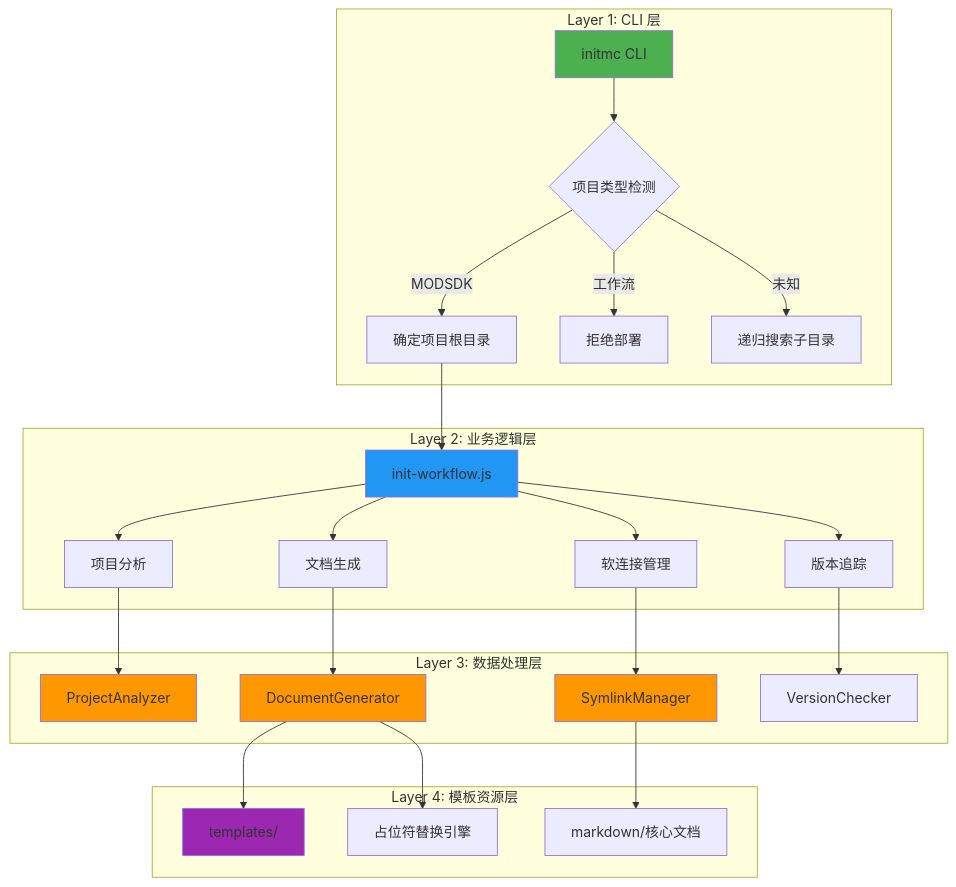
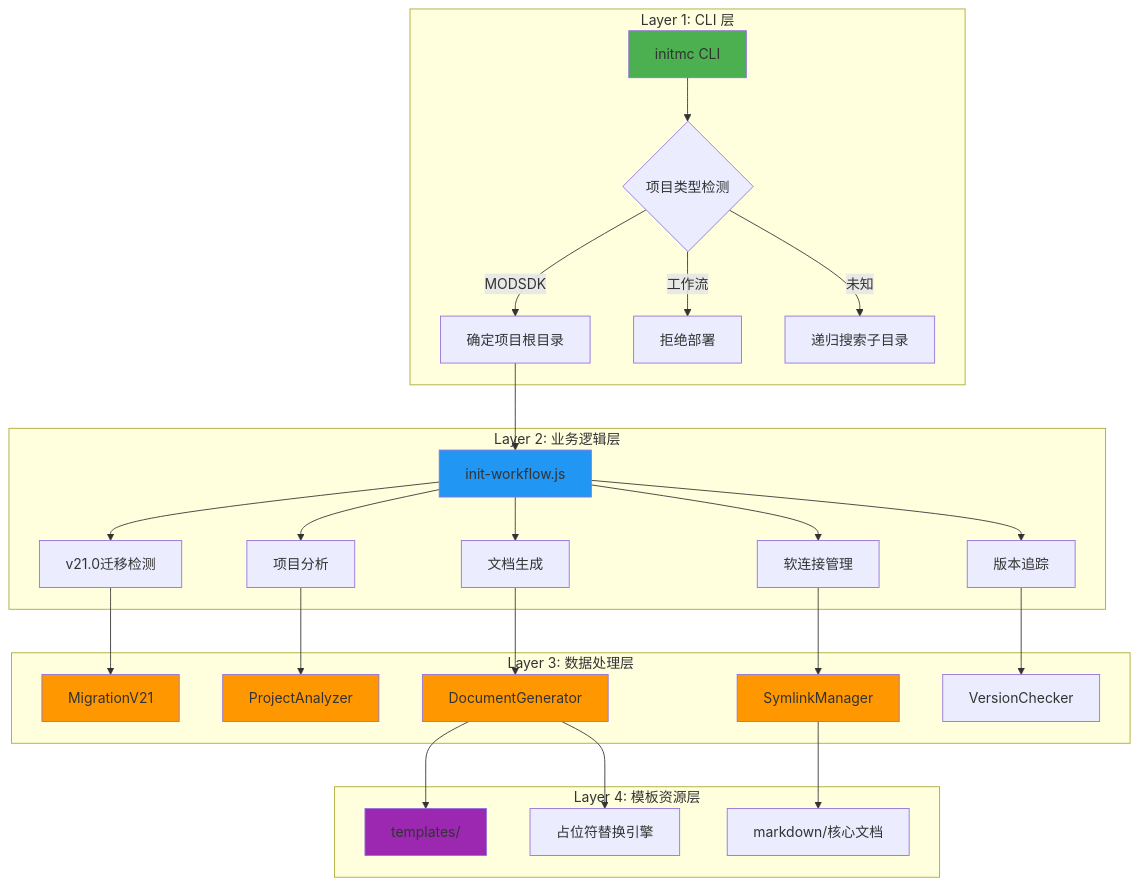
Before and after one commit to jju666/NeteaseMod-Claude: the first of 9 diagrams in docs/developer/数据流设计.md, drawn with Mermaid. The commit also changed other lines of this file and 478 other files, not shown here.

````diff
--- a/docs/developer/数据流设计.md
+++ b/docs/developer/数据流设计.md
@@ -58,37 +125,40 @@
 ```mermaid
 graph TB
     subgraph "Layer 1: CLI 层"
         A[initmc CLI] --> B{项目类型检测}
         B -->|MODSDK| C[确定项目根目录]
         B -->|工作流| D[拒绝部署]
         B -->|未知| E[递归搜索子目录]
     end
 
     subgraph "Layer 2: 业务逻辑层"
         C --> F[init-workflow.js]
-        F --> G[项目分析]
-        F --> H[文档生成]
-        F --> I[软连接管理]
-        F --> J[版本追踪]
+        F --> G[v21.0迁移检测]
+        F --> H[项目分析]
+        F --> I[文档生成]
+        F --> J[软连接管理]
+        F --> K[版本追踪]
     end
 
     subgraph "Layer 3: 数据处理层"
-        G --> K[ProjectAnalyzer]
-        H --> L[DocumentGenerator]
-        I --> M[SymlinkManager]
-        J --> N[VersionChecker]
+        G --> L[MigrationV21]
+        H --> M[ProjectAnalyzer]
+        I --> N[DocumentGenerator]
+        J --> O[SymlinkManager]
+        K --> P[VersionChecker]
     end
 
     subgraph "Layer 4: 模板资源层"
-        L --> O[templates/]
-        M --> P[markdown/核心文档]
-        L --> Q[占位符替换引擎]
+        N --> Q[templates/]
+        O --> R[markdown/核心文档]
+        N --> S[占位符替换引擎]
     end
 
     style A fill:#4CAF50
     style F fill:#2196F3
-    style K fill:#FF9800
     style L fill:#FF9800
     style M fill:#FF9800
-    style O fill:#9C27B0
+    style N fill:#FF9800
+    style O fill:#FF9800
+    style Q fill:#9C27B0
 ```
````
